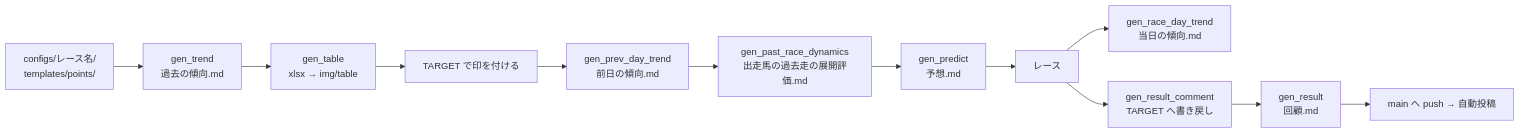
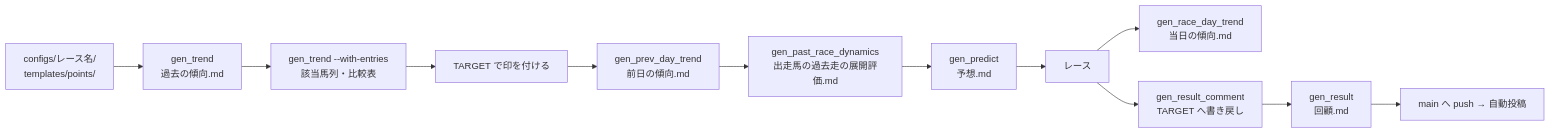
One commit to Kubo-Tech/g1-predict changed the diagram in docs/workflow.md. Above: the diagram before and after it, drawn with Mermaid. The commit also changed other lines of this file and 67 other files, not shown here.

First line of the commit message:
過去の傾向に出走馬の該当馬列と比較表の画像を追加し、gen_table を廃止

````diff
--- a/docs/workflow.md
+++ b/docs/workflow.md
@@ -5,14 +5,14 @@
 ```mermaid
 flowchart LR
     A[configs/レース名/<br/>templates/points/] --> B[gen_trend<br/>過去の傾向.md]
-    B --> C[gen_table<br/>xlsx → img/table]
+    B --> C[gen_trend --with-entries<br/>該当馬列・比較表]
     C --> D[TARGET で印を付ける]
     D --> P[gen_prev_day_trend<br/>前日の傾向.md]
     P --> Q[gen_past_race_dynamics<br/>出走馬の過去走の展開評価.md]
     Q --> E[gen_predict<br/>予想.md]
     E --> F[レース]
     F --> R[gen_race_day_trend<br/>当日の傾向.md]
     F --> G[gen_result_comment<br/>TARGET へ書き戻し]
     G --> H[gen_result<br/>回顧.md]
     H --> I[main へ push → 自動投稿]
 ```
````
